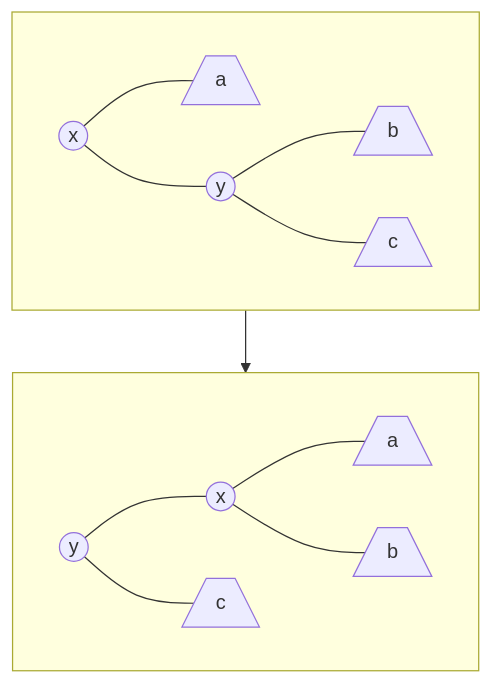
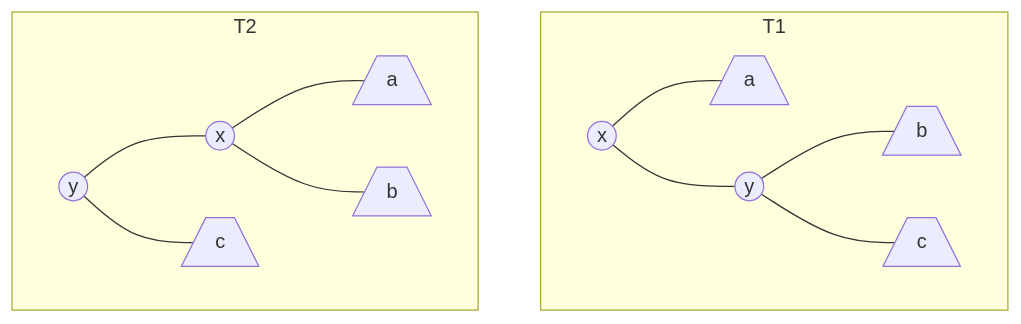
One commit to Kechidi/TP1 changed the third of 3 diagrams in cours/black-red-trees.md. Above: the diagram before and after it, drawn with Mermaid. The commit also changed other lines of this file, not shown here.

Commit message:
Pb figure

````diff
--- a/cours/black-red-trees.md
+++ b/cours/black-red-trees.md
@@ -106,14 +106,12 @@
 ```mermaid
 graph TD
-  subgraph s1[ ]
+  subgraph T1
   x1((x)) --- a1[/a\] & y1((y))
   y1 --- b1[/b\] & c1[/c\]
   end
 
-  subgraph s2[ ]
+  subgraph T2
   y2((y)) --- x2((x)) & c2[/c\]
   x2 --- a[/a\] & b[/b\]
   end
-
-  s1 --> s2
 ```
````
